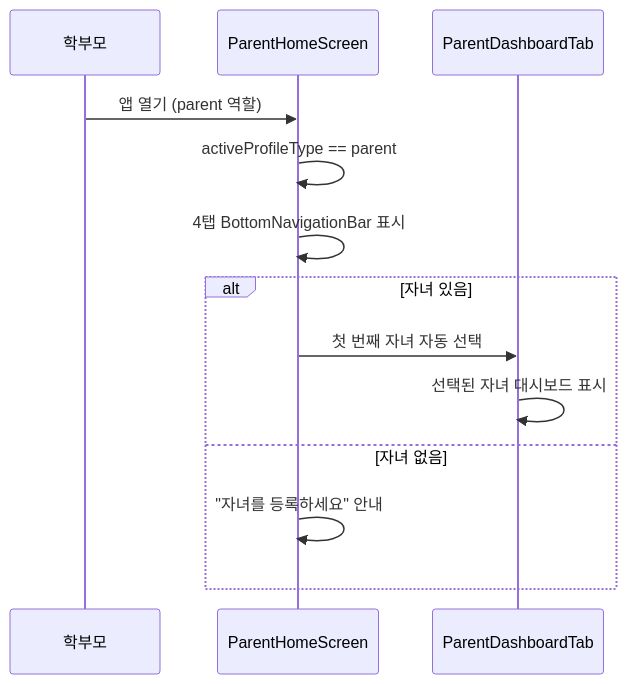
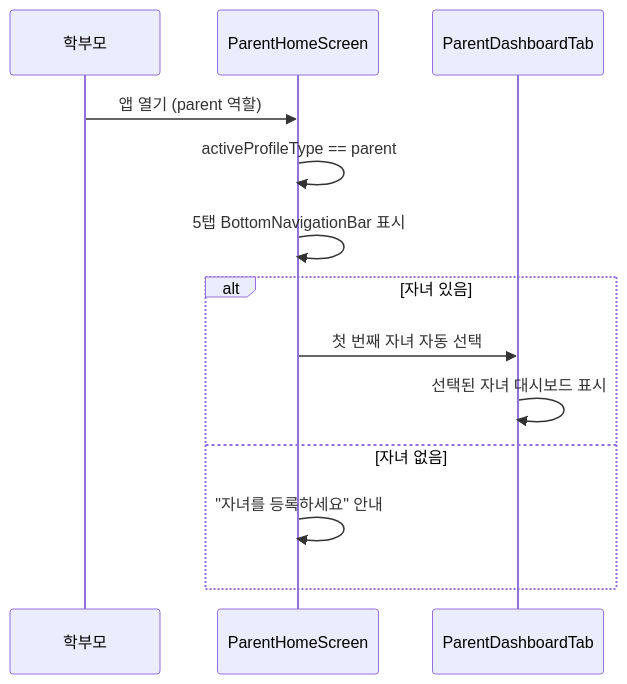
The diagram in docs/specs/user/parent_dashboard_spec.md (chulgil/lesson-app), drawn with Mermaid before and after one commit. The commit also changed other lines of this file and 4 other files, not shown here.

````diff
--- a/docs/specs/user/parent_dashboard_spec.md
+++ b/docs/specs/user/parent_dashboard_spec.md
@@ -67,17 +77,17 @@
 ```mermaid
 sequenceDiagram
     participant P as 학부모
     participant App as ParentHomeScreen
     participant Dash as ParentDashboardTab
 
     P->>App: 앱 열기 (parent 역할)
     App->>App: activeProfileType == parent
-    App->>App: 4탭 BottomNavigationBar 표시
+    App->>App: 5탭 BottomNavigationBar 표시
 
     alt 자녀 있음
         App->>Dash: 첫 번째 자녀 자동 선택
         Dash->>Dash: 선택된 자녀 대시보드 표시
     else 자녀 없음
         App->>App: "자녀를 등록하세요" 안내
     end
 ```
````
